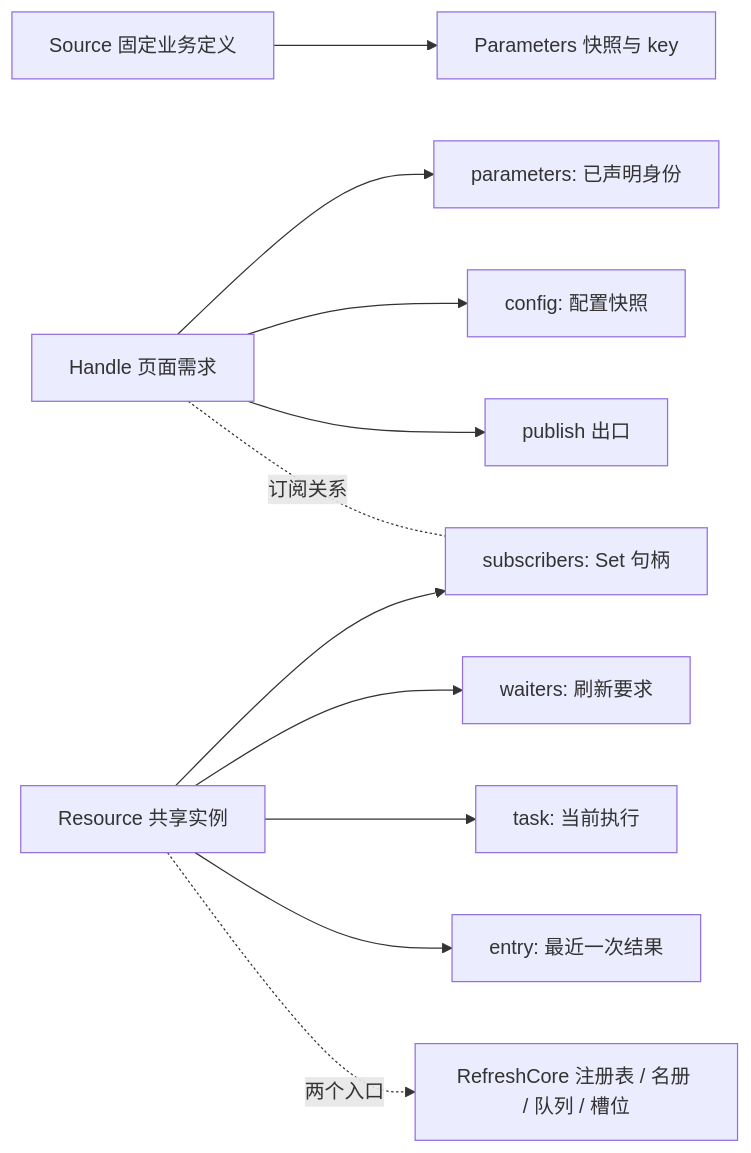
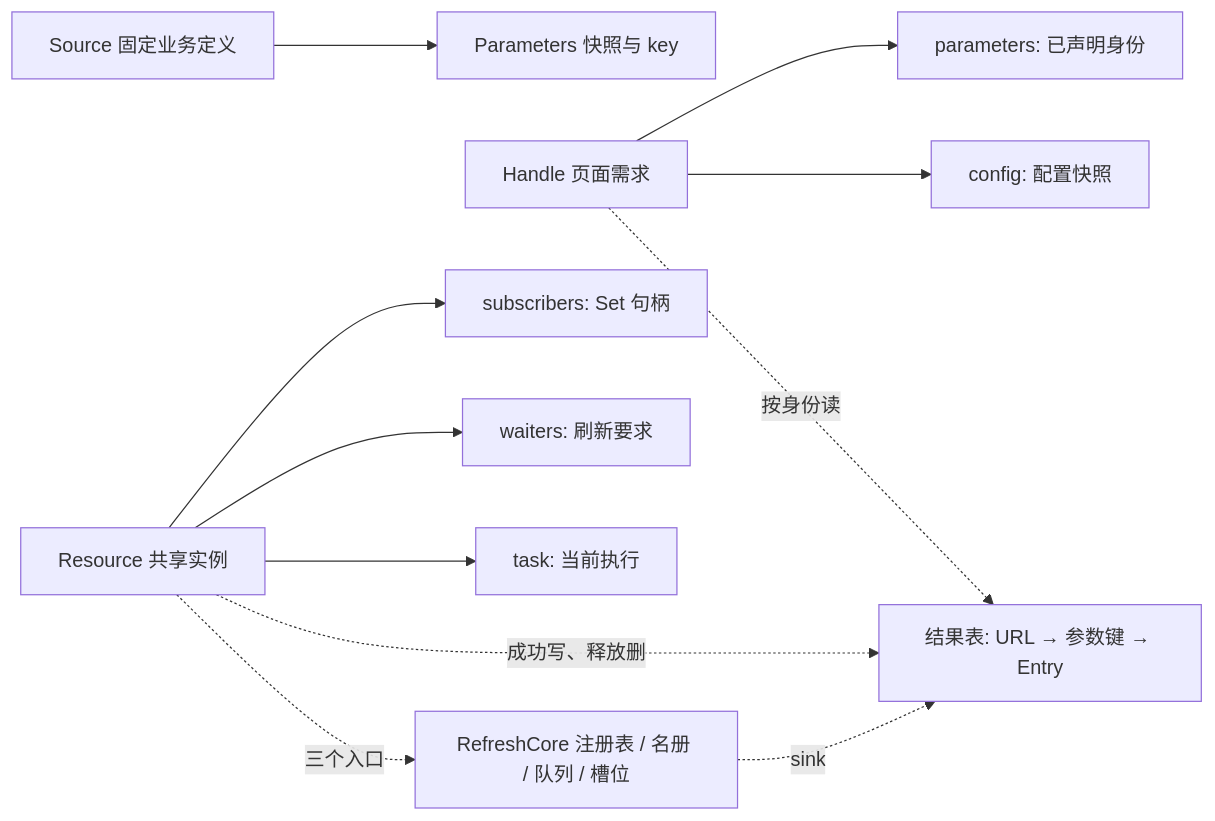
The diagram in DESIGN.md (anjing0524/vue-refresh), drawn with Mermaid before and after one commit. The commit also changed other lines of this file and 16 other files, not shown here.

````diff
--- a/DESIGN.md
+++ b/DESIGN.md
@@ -77,13 +80,13 @@
 ```mermaid
 flowchart LR
   Source[Source 固定业务定义] --> Parameters[Parameters 快照与 key]
   Handle[Handle 页面需求] --> Params[parameters: 已声明身份]
   Handle --> Config[config: 配置快照]
-  Handle --> Pub[publish 出口]
-  Handle -. 订阅关系 .- Subs
+  Handle -. 按身份读 .-> Table[结果表: URL → 参数键 → Entry]
   Resource[Resource 共享实例] --> Subs[subscribers: Set 句柄]
   Resource --> Waiters[waiters: 刷新要求]
   Resource --> Task[task: 当前执行]
-  Resource --> Entry[entry: 最近一次结果]
-  Resource -. 两个入口 .-> Core[RefreshCore 注册表 / 名册 / 队列 / 槽位]
+  Resource -. 成功写、释放删 .-> Table
+  Resource -. 三个入口 .-> Core[RefreshCore 注册表 / 名册 / 队列 / 槽位]
+  Core -. sink .-> Table
 ```
````
